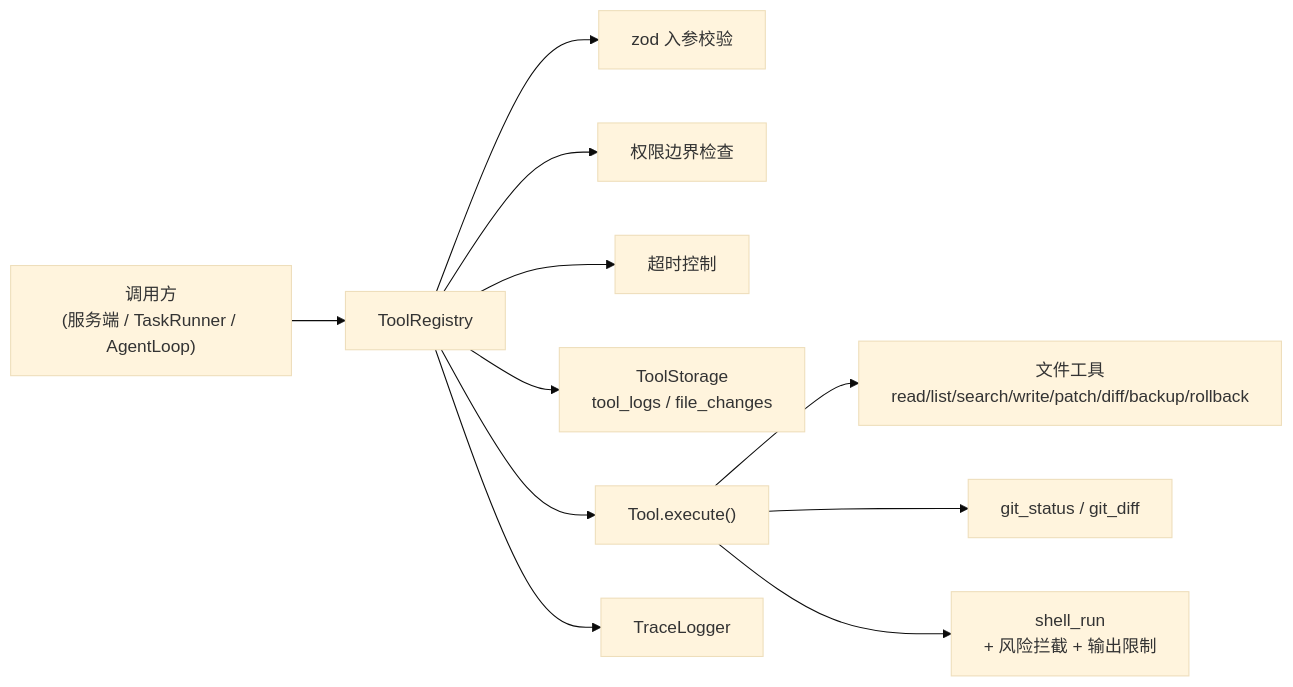
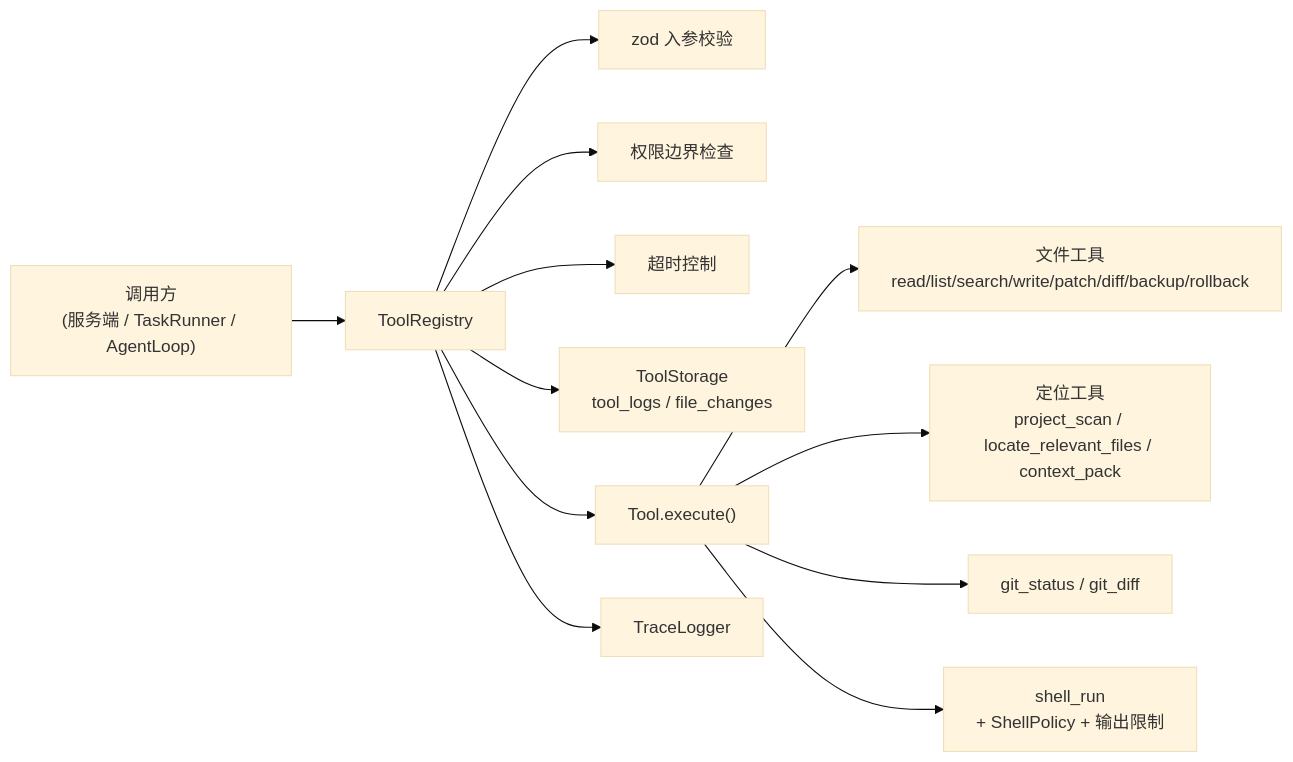
The diagram in docs/工具系统.md (Atikou/AgentRelay), drawn with Mermaid (base theme) before and after one commit. The commit also changed other lines of this file and 56 other files, not shown here.

````diff
--- a/docs/工具系统.md
+++ b/docs/工具系统.md
@@ -9,13 +9,14 @@
 ```mermaid
 flowchart LR
     Caller["调用方<br/>(服务端 / TaskRunner / AgentLoop)"] --> Reg["ToolRegistry"]
     Reg --> V["zod 入参校验"]
     Reg --> P["权限边界检查"]
     Reg --> T["超时控制"]
     Reg --> Store["ToolStorage<br/>tool_logs / file_changes"]
     Reg --> Exec["Tool.execute()"]
     Reg --> Trace["TraceLogger"]
     Exec --> FS["文件工具<br/>read/list/search/write/patch/diff/backup/rollback"]
+    Exec --> LOC["定位工具<br/>project_scan / locate_relevant_files / context_pack"]
     Exec --> Git["git_status / git_diff"]
-    Exec --> SH["shell_run<br/>+ 风险拦截 + 输出限制"]
+    Exec --> SH["shell_run<br/>+ ShellPolicy + 输出限制"]
 ```
````
